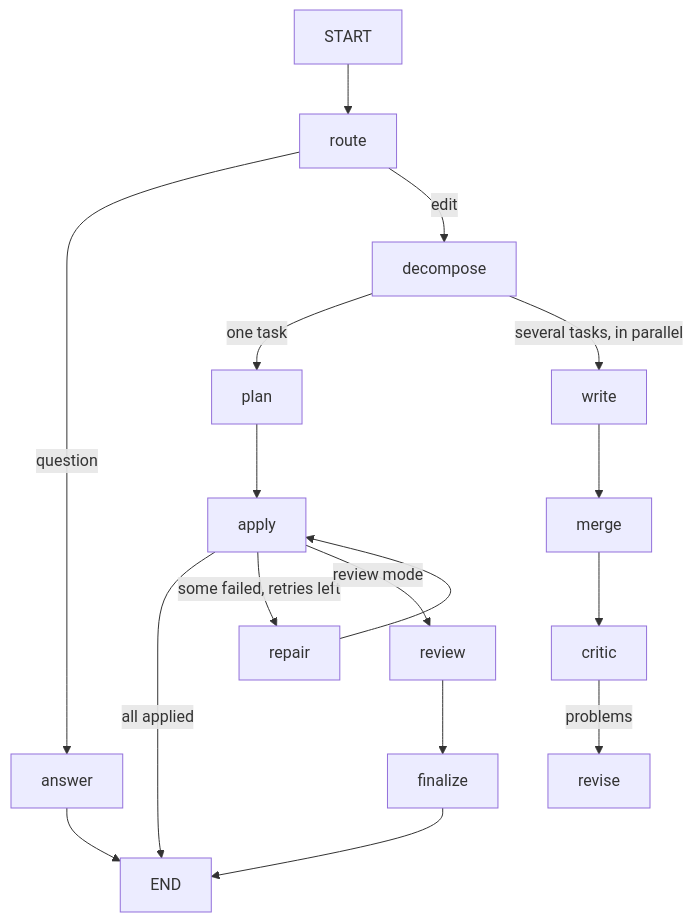
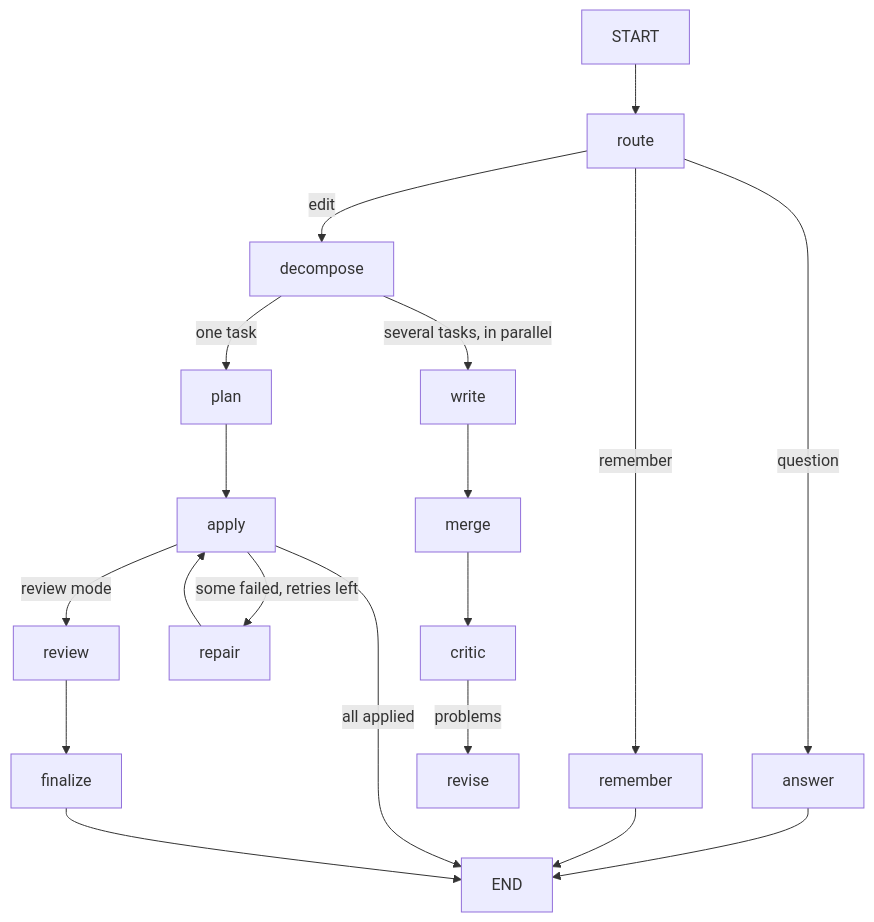
The second of 2 diagrams in README.md (MSommo/ResuMaker), drawn with Mermaid before and after one commit. The commit also changed other lines of this file and 6 other files, not shown here.

Commit message:
Memory panel in the chat, docs, roadmap

````diff
--- a/README.md
+++ b/README.md
@@ -83,12 +83,13 @@
 ```mermaid
 graph TD;
   START --> route;
   route -->|question| answer --> END;
+  route -->|remember| remember --> END;
   route -->|edit| decompose;
   decompose -->|one task| plan --> apply;
   decompose -->|several tasks, in parallel| write --> merge --> critic;
   critic -->|problems| revise;
   apply -->|all applied| END;
   apply -->|some failed, retries left| repair --> apply;
   apply -->|review mode| review --> finalize --> END;
 ```
````
